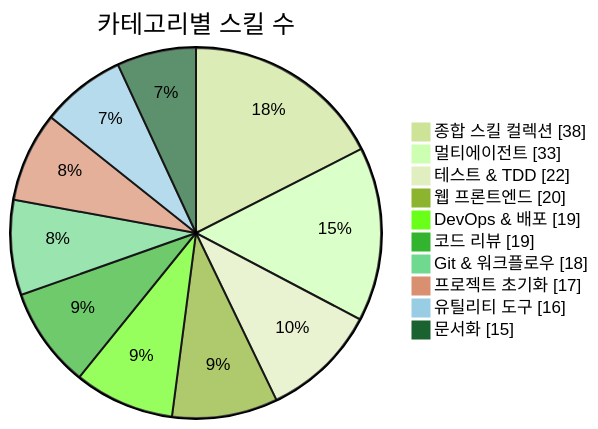
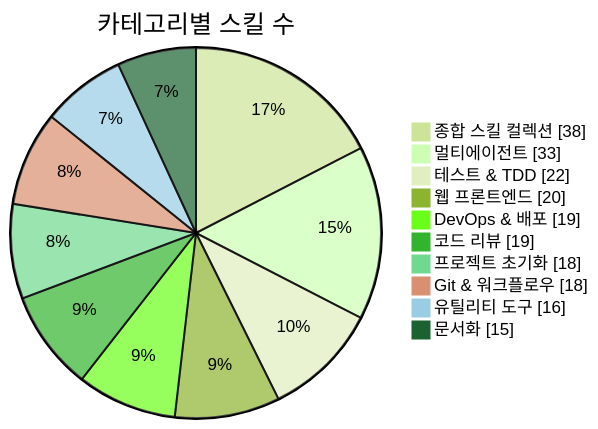
The first of 3 diagrams in README.md (J-nowcow/awesome-korean-agent-skills), drawn with Mermaid (forest theme) before and after one commit. The commit also changed other lines of this file and 4 other files, not shown here.

````diff
--- a/README.md
+++ b/README.md
@@ -176,14 +176,14 @@
 ```mermaid
 pie showData
     title 카테고리별 스킬 수
     "종합 스킬 컬렉션" : 38
     "멀티에이전트" : 33
     "테스트 & TDD" : 22
     "웹 프론트엔드" : 20
     "DevOps & 배포" : 19
     "코드 리뷰" : 19
+    "프로젝트 초기화" : 18
     "Git & 워크플로우" : 18
-    "프로젝트 초기화" : 17
     "유틸리티 도구" : 16
     "문서화" : 15
 ```
````
